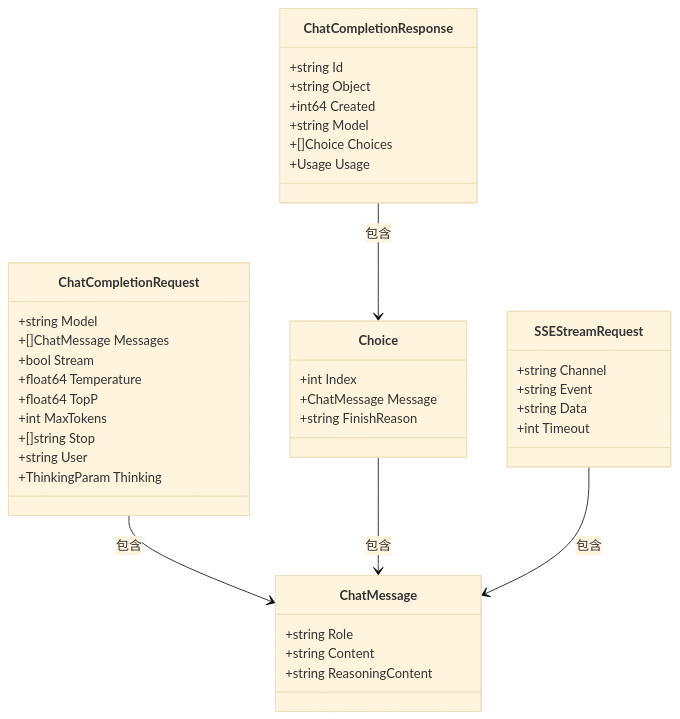
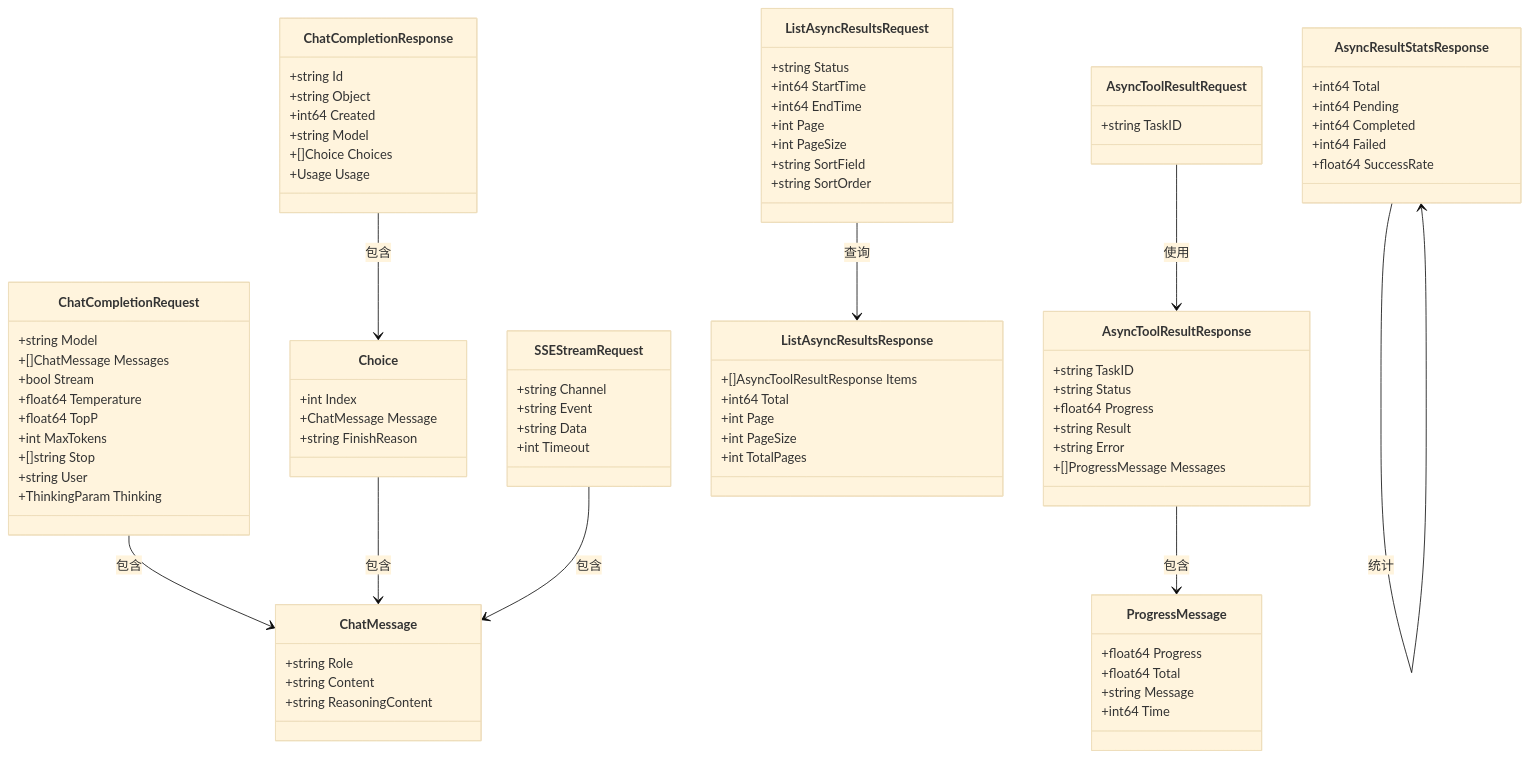
One commit to maomao94/zero-service changed the sixth of 19 diagrams in .qoder/repowiki/zh/content/网关与接口/AI网关服务.md. Above: the diagram before and after it, drawn with Mermaid (base theme). The commit also changed other lines of this file and 58 other files, not shown here.

````diff
--- a/.qoder/repowiki/zh/content/网关与接口/AI网关服务.md
+++ b/.qoder/repowiki/zh/content/网关与接口/AI网关服务.md
@@ -387,6 +497,46 @@
 +ChatMessage Message
 +string FinishReason
 }
+class AsyncToolResultRequest {
++string TaskID
+}
+class AsyncToolResultResponse {
++string TaskID
++string Status
++float64 Progress
++string Result
++string Error
++[]ProgressMessage Messages
+}
+class ProgressMessage {
++float64 Progress
++float64 Total
++string Message
++int64 Time
+}
+class AsyncResultStatsResponse {
++int64 Total
++int64 Pending
++int64 Completed
++int64 Failed
++float64 SuccessRate
+}
+class ListAsyncResultsRequest {
++string Status
++int64 StartTime
++int64 EndTime
++int Page
++int PageSize
++string SortField
++string SortOrder
+}
+class ListAsyncResultsResponse {
++[]AsyncToolResultResponse Items
++int64 Total
++int Page
++int PageSize
++int TotalPages
+}
 class SSEStreamRequest {
 +string Channel
 +string Event
@@ -396,5 +546,9 @@
 ChatCompletionRequest --> ChatMessage : 包含
 ChatCompletionResponse --> Choice : 包含
 Choice --> ChatMessage : 包含
+AsyncToolResultRequest --> AsyncToolResultResponse : 使用
+AsyncToolResultResponse --> ProgressMessage : 包含
+AsyncResultStatsResponse --> AsyncResultStatsResponse : 统计
+ListAsyncResultsRequest --> ListAsyncResultsResponse : 查询
 SSEStreamRequest --> ChatMessage : 包含
 ```
````
